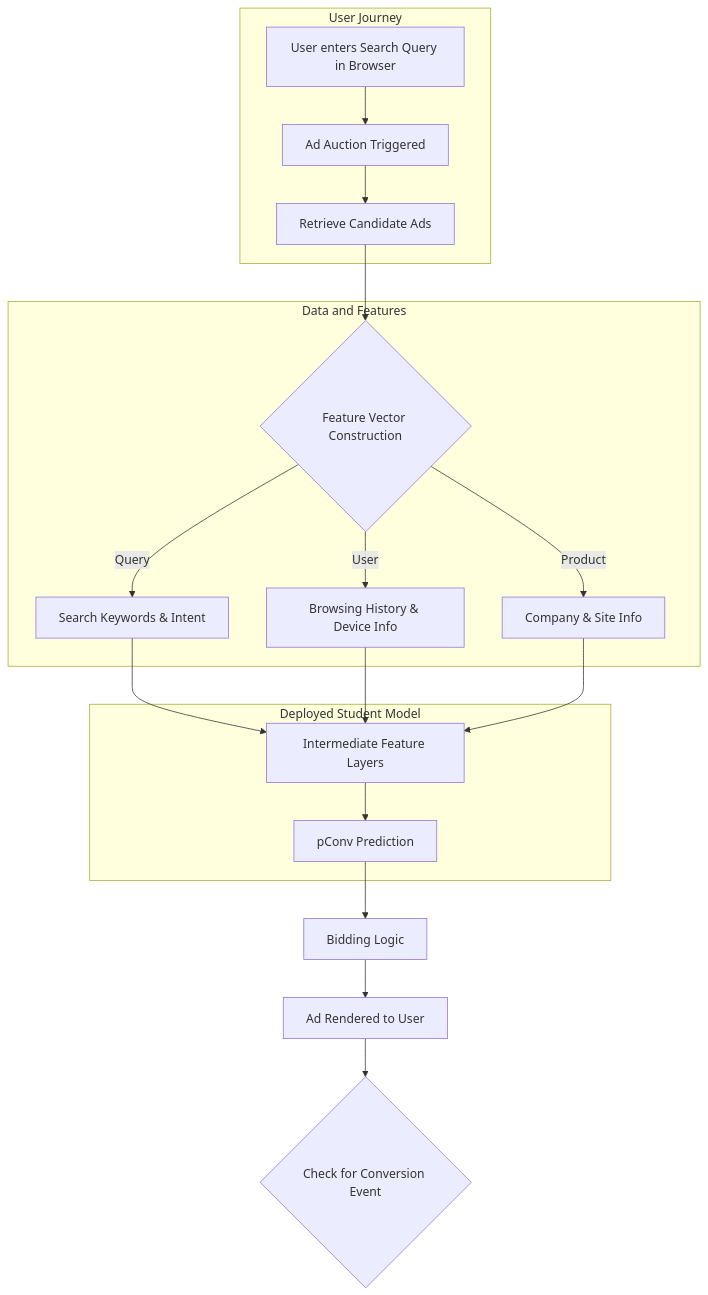
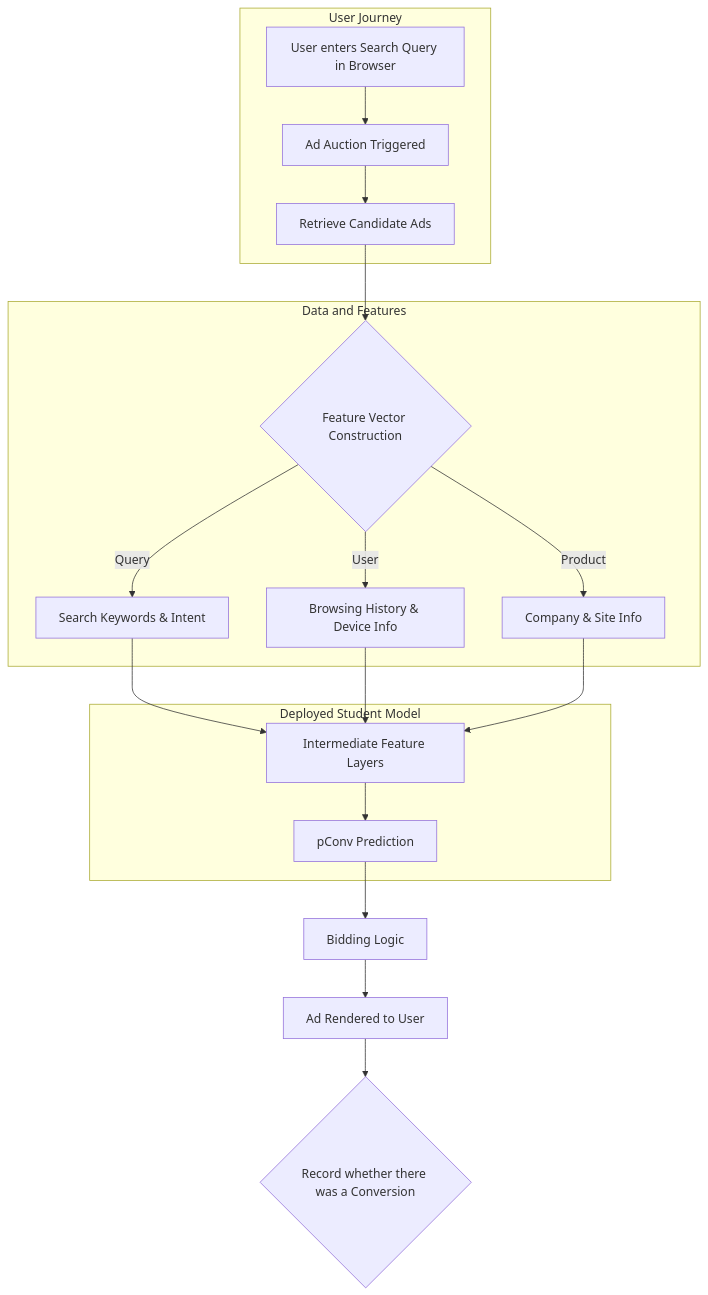
Before and after one commit to COMS-E6998-final-project/COMS-E6998-final-project: the second of 2 diagrams in README.md, drawn with Mermaid. The commit also changed other lines of this file, not shown here.

````diff
--- a/README.md
+++ b/README.md
@@ -153,29 +114,29 @@
 ```mermaid
 graph TD
     %% User Actions
     subgraph User_Environment [User Journey]
         A[User enters Search Query in Browser] --> B[Ad Auction Triggered]
         B --> C[Retrieve Candidate Ads]
     end
 
     %% Features Input
     subgraph Feature_Extraction [Data and Features]
         C --> D{Feature Vector Construction}
         D -->|Query| E[Search Keywords & Intent]
         D -->|User| F[Browsing History & Device Info]
         D -->|Product| G[Company & Site Info]
     end
 
     %% Standalone Student Model
     subgraph Production_Inference [Deployed Student Model]
         E & F & G --> H[Intermediate Feature Layers]
         H --> I[pConv Prediction]
     end
 
     %% Output & Decision
     I --> J[Bidding Logic]
     %% Final Outcome
     J --> L[Ad Rendered to User]
-    L --> M{Check for Conversion Event}
+    L --> M{Record whether there was a Conversion}
 
 ```
````
